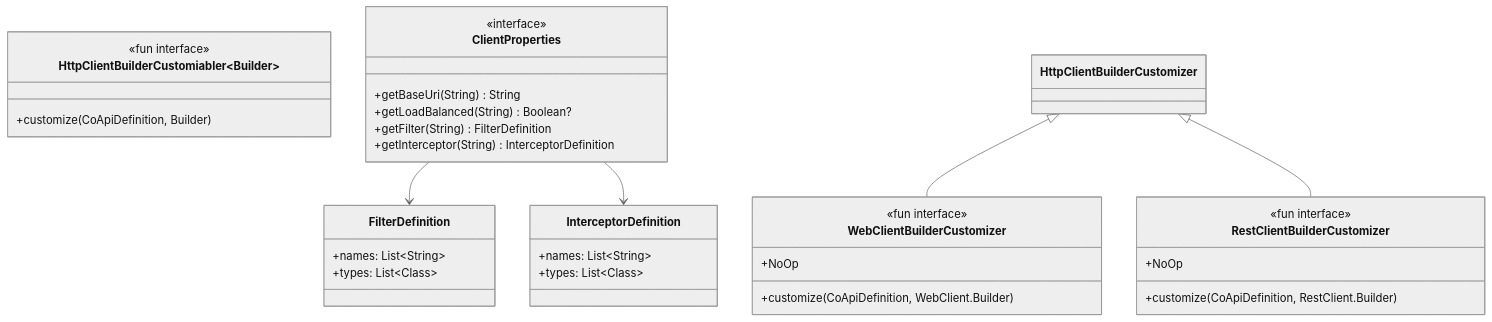
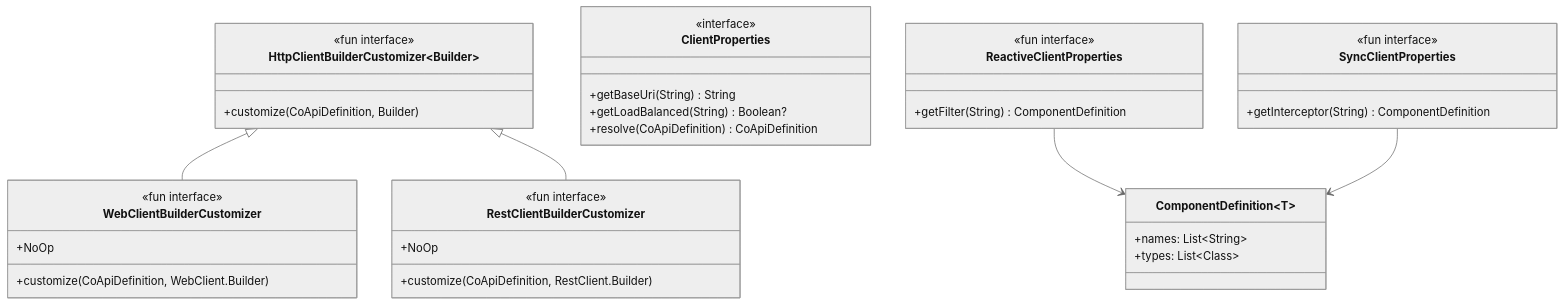
Before and after one commit to Ahoo-Wang/CoApi: the first of 3 diagrams in wiki/deep-dive/customization.md, drawn with Mermaid (neutral theme). The commit also changed other lines of this file and 45 other files, not shown here.

First line of the commit message:
feat!: v3 client architecture (#320)

````diff
--- a/wiki/deep-dive/customization.md
+++ b/wiki/deep-dive/customization.md
@@ -24,37 +25,40 @@
 ```mermaid
 classDiagram
-    class HttpClientBuilderCustomiabler~Builder~ {
+    class HttpClientBuilderCustomizer~Builder~ {
         <<fun interface>>
         +customize(CoApiDefinition, Builder)
     }
     class WebClientBuilderCustomizer {
         <<fun interface>>
         +customize(CoApiDefinition, WebClient.Builder)
         +NoOp
     }
     class RestClientBuilderCustomizer {
         <<fun interface>>
         +customize(CoApiDefinition, RestClient.Builder)
         +NoOp
     }
     class ClientProperties {
         <<interface>>
         +getBaseUri(String) String
         +getLoadBalanced(String) Boolean?
-        +getFilter(String) FilterDefinition
-        +getInterceptor(String) InterceptorDefinition
+        +resolve(CoApiDefinition) CoApiDefinition
     }
-    class FilterDefinition {
-        +names: List~String~
-        +types: List~Class~
+    class ReactiveClientProperties {
+        <<fun interface>>
+        +getFilter(String) ComponentDefinition
     }
-    class InterceptorDefinition {
+    class SyncClientProperties {
+        <<fun interface>>
+        +getInterceptor(String) ComponentDefinition
+    }
+    class ComponentDefinition~T~ {
         +names: List~String~
         +types: List~Class~
     }
 
     HttpClientBuilderCustomizer <|-- WebClientBuilderCustomizer
     HttpClientBuilderCustomizer <|-- RestClientBuilderCustomizer
-    ClientProperties --> FilterDefinition
-    ClientProperties --> InterceptorDefinition
+    ReactiveClientProperties --> ComponentDefinition
+    SyncClientProperties --> ComponentDefinition
 ```
````
